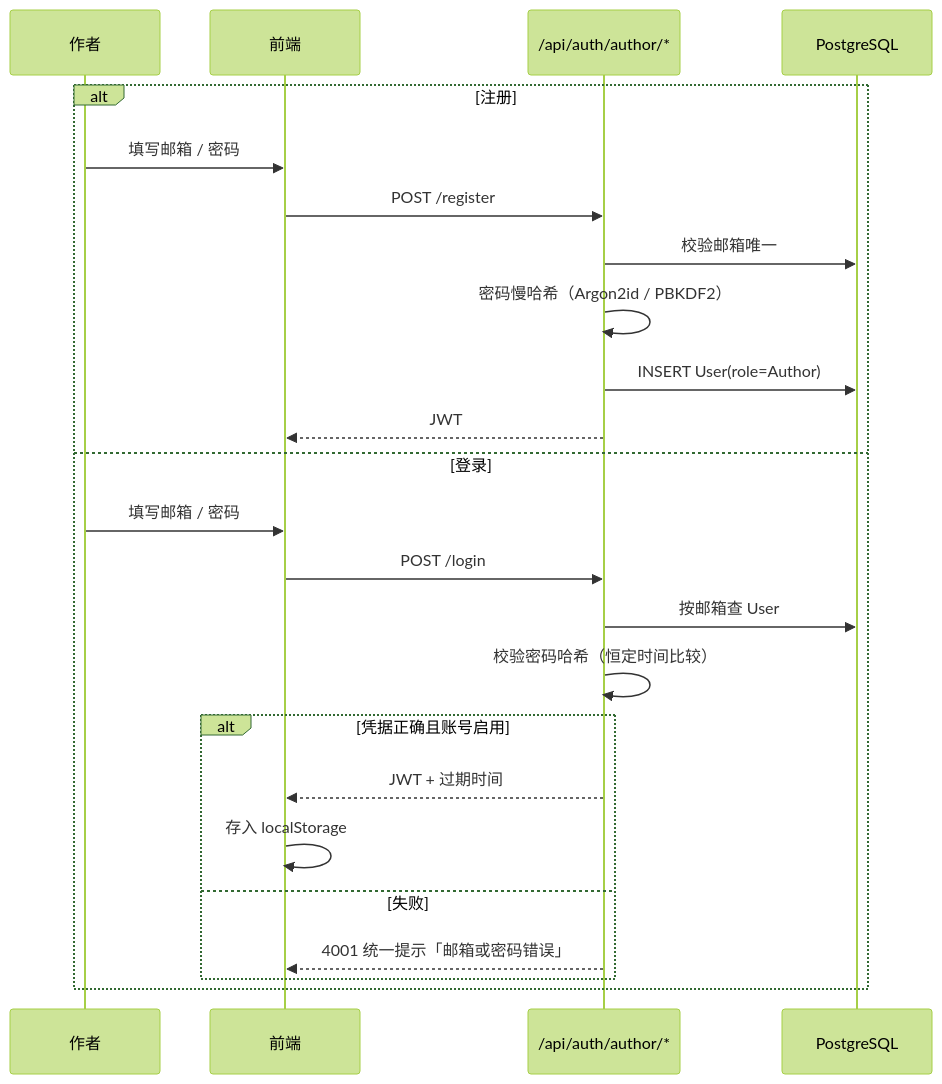
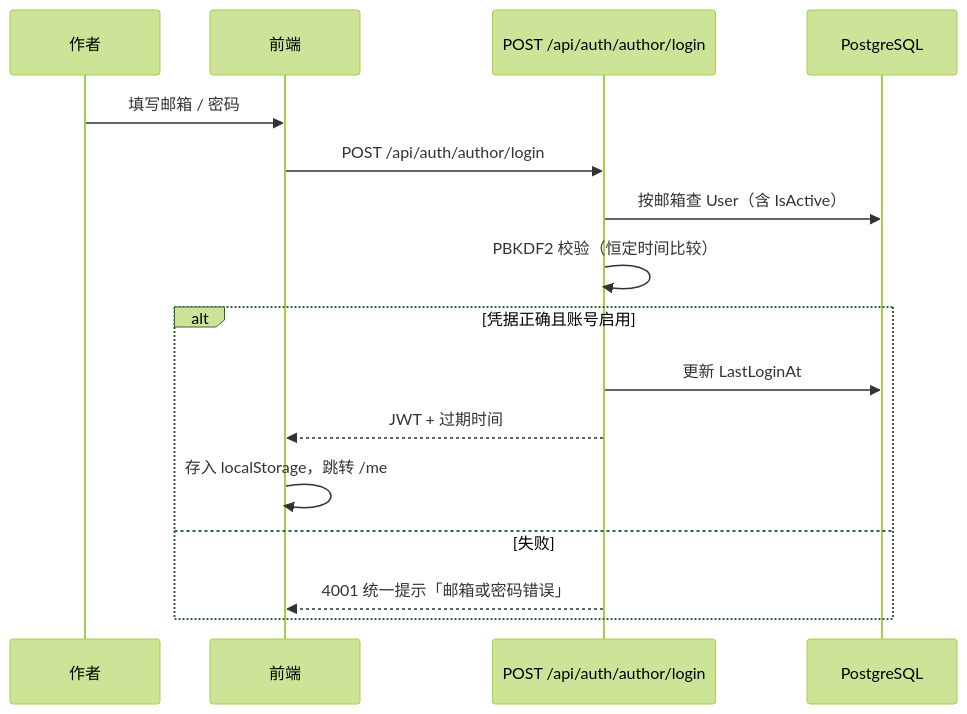
Before and after one commit to whyitsy/blog-CI-CD: the third of 12 diagrams in docs/business.md, drawn with Mermaid (forest theme). The commit also changed other lines of this file and 7 other files, not shown here.

````diff
--- a/docs/business.md
+++ b/docs/business.md
@@ -192,27 +196,19 @@
 ```mermaid
 sequenceDiagram
   participant A as 作者
   participant FE as 前端
-  participant API as /api/auth/author/*
+  participant API as POST /api/auth/author/login
   participant DB as PostgreSQL
 
-  alt 注册
-    A->>FE: 填写邮箱 / 密码
-    FE->>API: POST /register
-    API->>DB: 校验邮箱唯一
-    API->>API: 密码慢哈希（Argon2id / PBKDF2）
-    API->>DB: INSERT User(role=Author)
-    API-->>FE: JWT
-  else 登录
-    A->>FE: 填写邮箱 / 密码
-    FE->>API: POST /login
-    API->>DB: 按邮箱查 User
-    API->>API: 校验密码哈希（恒定时间比较）
-    alt 凭据正确且账号启用
-      API-->>FE: JWT + 过期时间
-      FE->>FE: 存入 localStorage
-    else 失败
-      API-->>FE: 4001 统一提示「邮箱或密码错误」
-    end
+  A->>FE: 填写邮箱 / 密码
+  FE->>API: POST /api/auth/author/login
+  API->>DB: 按邮箱查 User（含 IsActive）
+  API->>API: PBKDF2 校验（恒定时间比较）
+  alt 凭据正确且账号启用
+    API->>DB: 更新 LastLoginAt
+    API-->>FE: JWT + 过期时间
+    FE->>FE: 存入 localStorage，跳转 /me
+  else 失败
+    API-->>FE: 4001 统一提示「邮箱或密码错误」
   end
 ```
````
